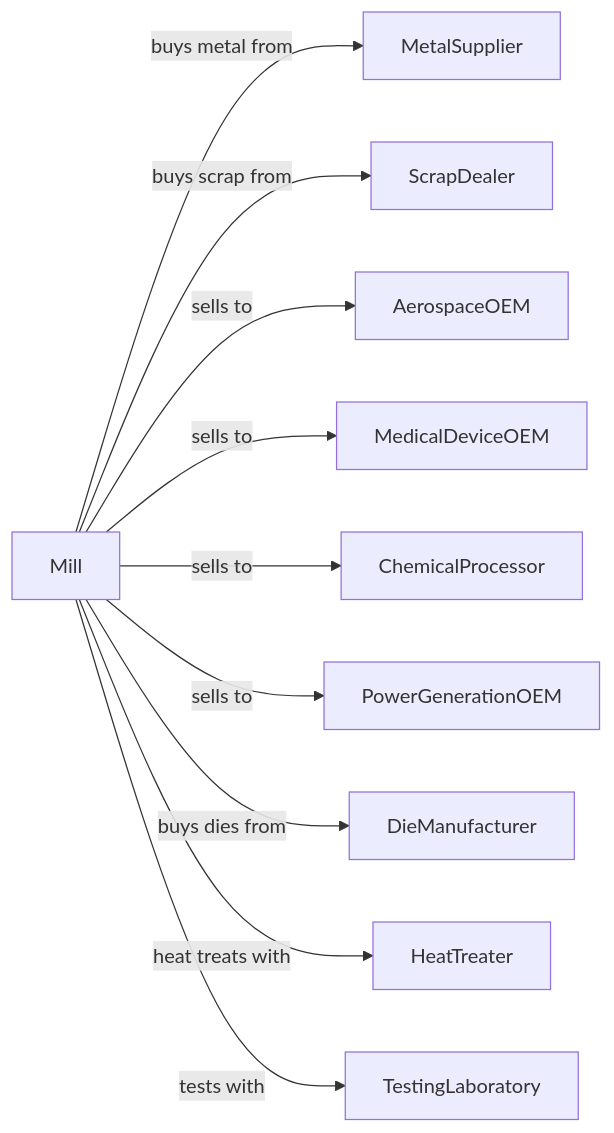
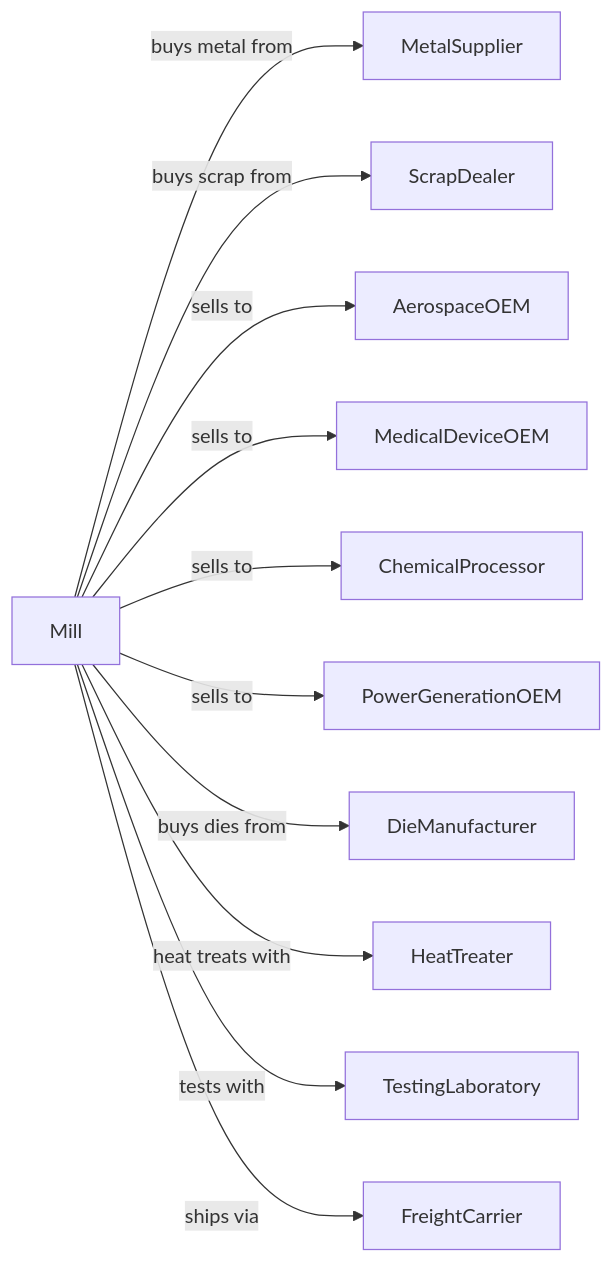
One commit to dot-org-ai/industries.org.ai changed the second of 2 diagrams in Manufacturing/PrimaryMetalManufacturing/NonferrousMetalExceptAluminumProductionAndProcessing/NonferrousMetalExceptCopperAndAluminumRollingDrawingAndExtruding.mdx. Above: the diagram before and after it, drawn with Mermaid. The commit also changed other lines of this file and 588 other files, not shown here.

````diff
--- a/Manufacturing/PrimaryMetalManufacturing/NonferrousMetalExceptAluminumProductionAndProcessing/NonferrousMetalExceptCopperAndAluminumRollingDrawingAndExtruding.mdx
+++ b/Manufacturing/PrimaryMetalManufacturing/NonferrousMetalExceptAluminumProductionAndProcessing/NonferrousMetalExceptCopperAndAluminumRollingDrawingAndExtruding.mdx
@@ -143,14 +143,15 @@
 ```mermaid
 graph LR
     M[Mill]
 
     M -->|buys metal from| MetalSupplier
     M -->|buys scrap from| ScrapDealer
     M -->|sells to| AerospaceOEM
     M -->|sells to| MedicalDeviceOEM
     M -->|sells to| ChemicalProcessor
     M -->|sells to| PowerGenerationOEM
     M -->|buys dies from| DieManufacturer
     M -->|heat treats with| HeatTreater
     M -->|tests with| TestingLaboratory
+    M -->|ships via| FreightCarrier
 ```
````
